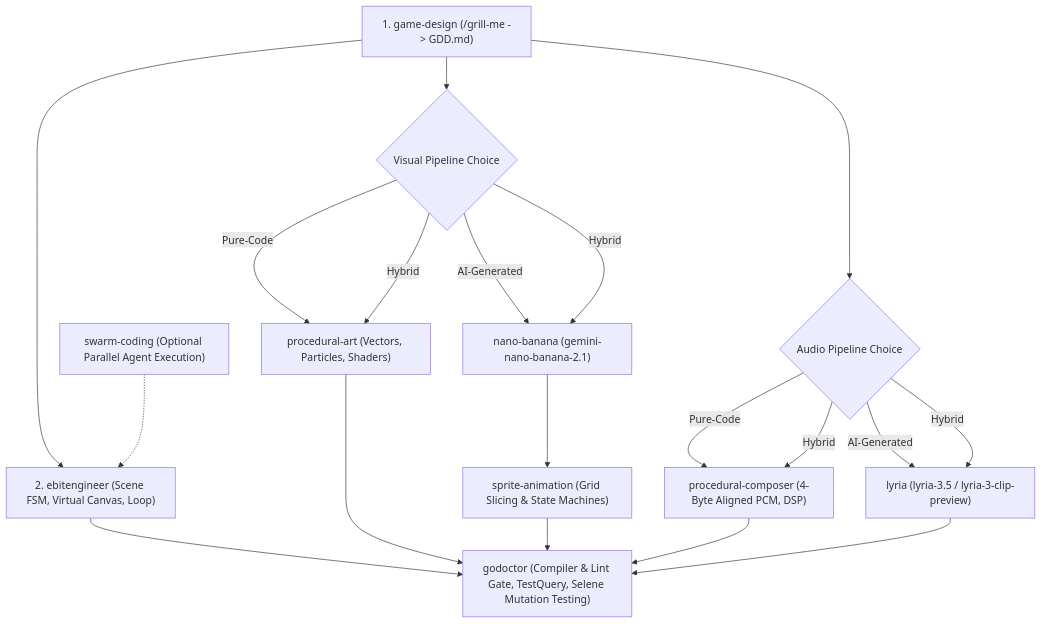
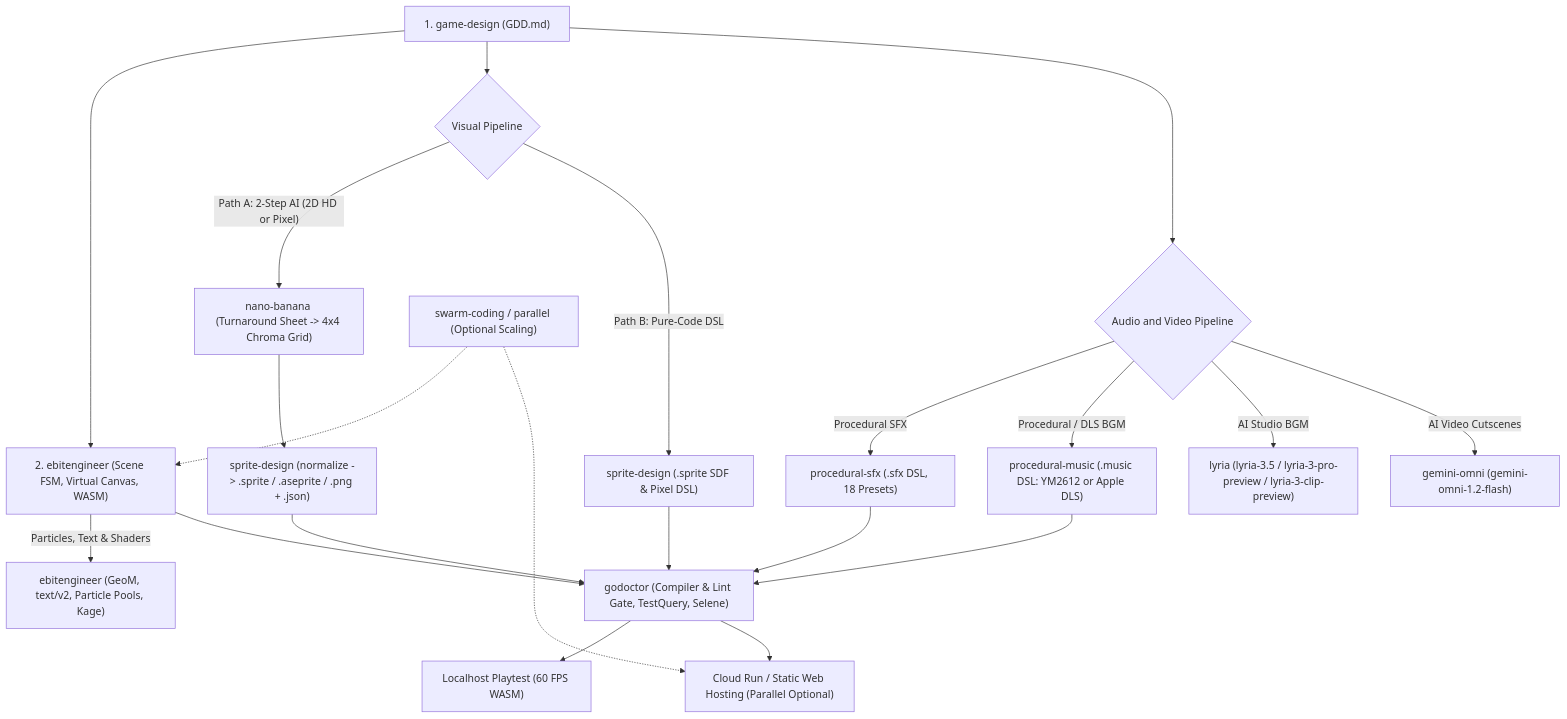
The diagram in game-dev/vibe-game-developer/SKILL.md (danicat/skills), drawn with Mermaid before and after one commit. The commit also changed other lines of this file and 229 other files, not shown here.

````diff
--- a/game-dev/vibe-game-developer/SKILL.md
+++ b/game-dev/vibe-game-developer/SKILL.md
@@ -49,24 +46,27 @@
 ```mermaid
 flowchart TD
-    GDD["1. game-design (/grill-me -> GDD.md)"] --> Engine["2. ebitengineer (Scene FSM, Virtual Canvas, Loop)"]
-    GDD --> VisChoice{"Visual Pipeline Choice"}
-    GDD --> AudChoice{"Audio Pipeline Choice"}
+    Design["1. game-design (GDD.md)"] --> Engine["2. ebitengineer (Scene FSM, Virtual Canvas, WASM)"]
+    Design --> VisChoice{"Visual Pipeline"}
+    Design --> AudChoice{"Audio and Video Pipeline"}
 
-    VisChoice -->|Pure-Code| ProcArt["procedural-art (Vectors, Particles, Shaders)"]
-    VisChoice -->|AI-Generated| Nano["nano-banana (gemini-nano-banana-2.1)"]
-    VisChoice -->|Hybrid| ProcArt
-    VisChoice -->|Hybrid| Nano
-    Nano --> SpriteAnim["sprite-animation (Grid Slicing & State Machines)"]
+    VisChoice -->|"Path A: 2-Step AI (2D HD or Pixel)"| Nano["nano-banana (Turnaround Sheet -> 4x4 Chroma Grid)"]
+    Nano --> SpriteNorm["sprite-design (normalize -> .sprite / .aseprite / .png + .json)"]
+    VisChoice -->|"Path B: Pure-Code DSL"| SpriteDSL["sprite-design (.sprite SDF & Pixel DSL)"]
+    Engine -->|"Particles, Text & Shaders"| EngineVFX["ebitengineer (GeoM, text/v2, Particle Pools, Kage)"]
 
-    AudChoice -->|Pure-Code| ProcComp["procedural-composer (4-Byte Aligned PCM, DSP)"]
-    AudChoice -->|AI-Generated| Lyria["lyria (lyria-3.5 / lyria-3-clip-preview)"]
-    AudChoice -->|Hybrid| ProcComp
-    AudChoice -->|Hybrid| Lyria
+    AudChoice -->|"Procedural SFX"| ProcSFX["procedural-sfx (.sfx DSL, 18 Presets)"]
+    AudChoice -->|"Procedural / DLS BGM"| ProcMus["procedural-music (.music DSL: YM2612 or Apple DLS)"]
+    AudChoice -->|"AI Studio BGM"| Lyria["lyria (lyria-3.5 / lyria-3-pro-preview / lyria-3-clip-preview)"]
+    AudChoice -->|"AI Video Cutscenes"| Omni["gemini-omni (gemini-omni-1.2-flash)"]
 
-    Engine --> QA["godoctor (Compiler & Lint Gate, TestQuery, Selene Mutation Testing)"]
-    ProcArt --> QA
-    SpriteAnim --> QA
-    ProcComp --> QA
-    Lyria --> QA
-    Swarm["swarm-coding (Optional Parallel Agent Execution)"] -.-> Engine
+    Engine --> QA["godoctor (Compiler & Lint Gate, TestQuery, Selene)"]
+    SpriteNorm --> QA
+    SpriteDSL --> QA
+    ProcSFX --> QA
+    ProcMus --> QA
+
+    QA --> LocalTest["Localhost Playtest (60 FPS WASM)"]
+    QA --> CloudDeploy["Cloud Run / Static Web Hosting (Parallel Optional)"]
+    Swarm["swarm-coding / parallel (Optional Scaling)"] -.-> Engine
+    Swarm -.-> CloudDeploy
 ```
````
